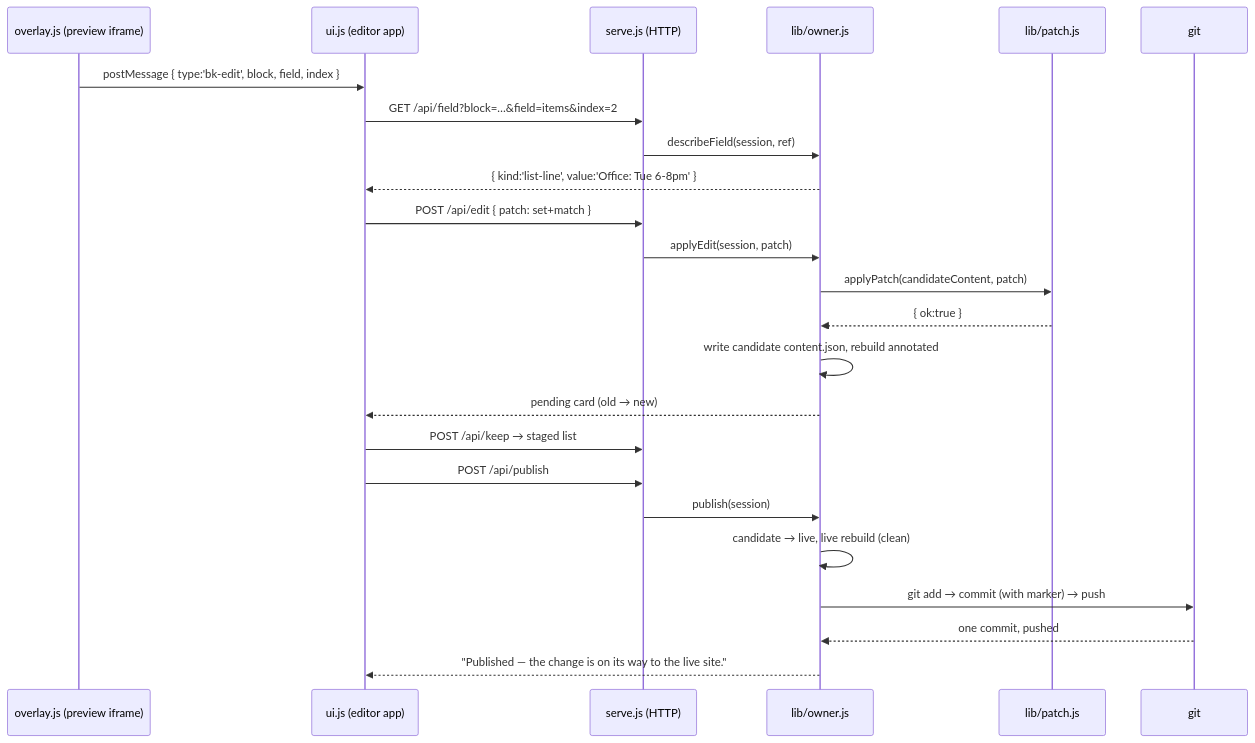
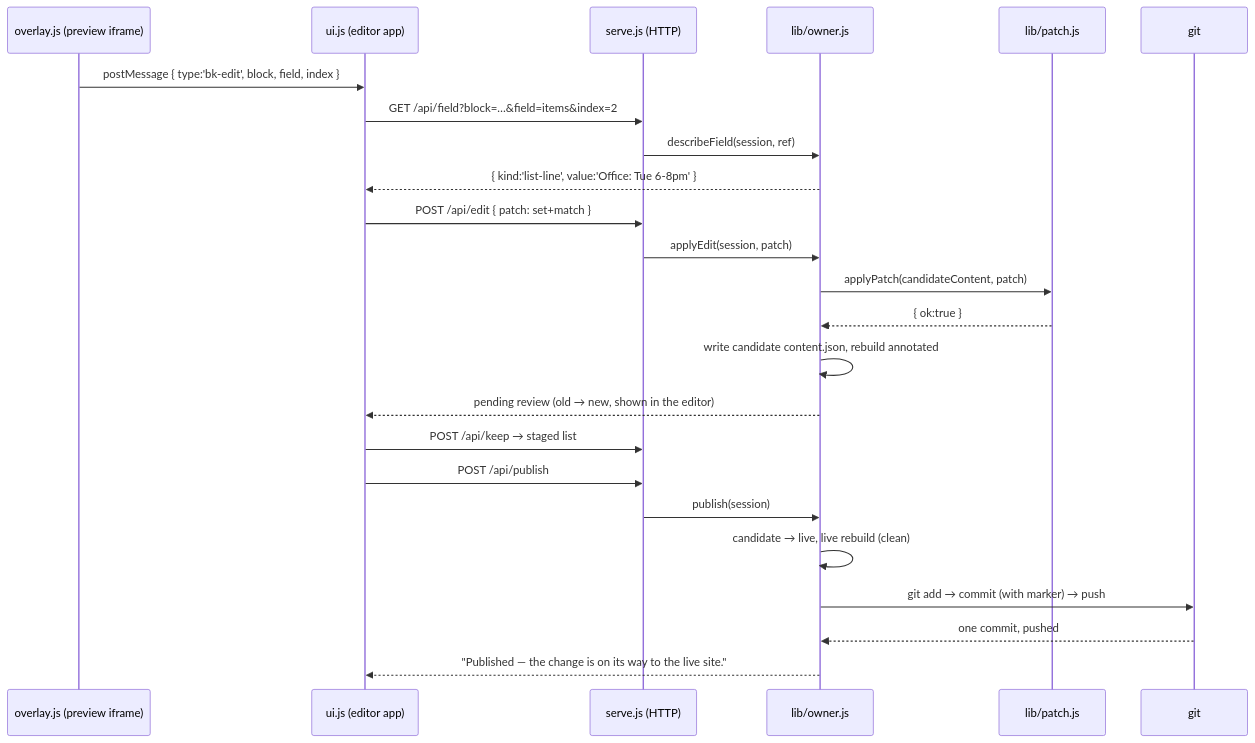
The diagram in docs/learning-guide/03-traces/trace-b-owner-edit.md (BradCL/blockson-2.0), drawn with Mermaid before and after one commit. The commit also changed other lines of this file and 3 other files, not shown here.

````diff
--- a/docs/learning-guide/03-traces/trace-b-owner-edit.md
+++ b/docs/learning-guide/03-traces/trace-b-owner-edit.md
@@ -11,27 +11,27 @@
 ```mermaid
 sequenceDiagram
     participant O as overlay.js (preview iframe)
     participant U as ui.js (editor app)
     participant S as serve.js (HTTP)
     participant H as lib/owner.js
     participant P as lib/patch.js
     participant G as git
 
     O->>U: postMessage { type:'bk-edit', block, field, index }
     U->>S: GET /api/field?block=…&field=items&index=2
     S->>H: describeField(session, ref)
     H-->>U: { kind:'list-line', value:'Office: Tue 6-8pm' }
     U->>S: POST /api/edit { patch: set+match }
     S->>H: applyEdit(session, patch)
     H->>P: applyPatch(candidateContent, patch)
     P-->>H: { ok:true }
     H->>H: write candidate content.json, rebuild annotated
-    H-->>U: pending card (old → new)
+    H-->>U: pending review (old → new, shown in the editor)
     U->>S: POST /api/keep → staged list
     U->>S: POST /api/publish
     S->>H: publish(session)
     H->>H: candidate → live, live rebuild (clean)
     H->>G: git add → commit (with marker) → push
     G-->>H: one commit, pushed
     H-->>U: "Published — the change is on its way to the live site."
 ```
````
